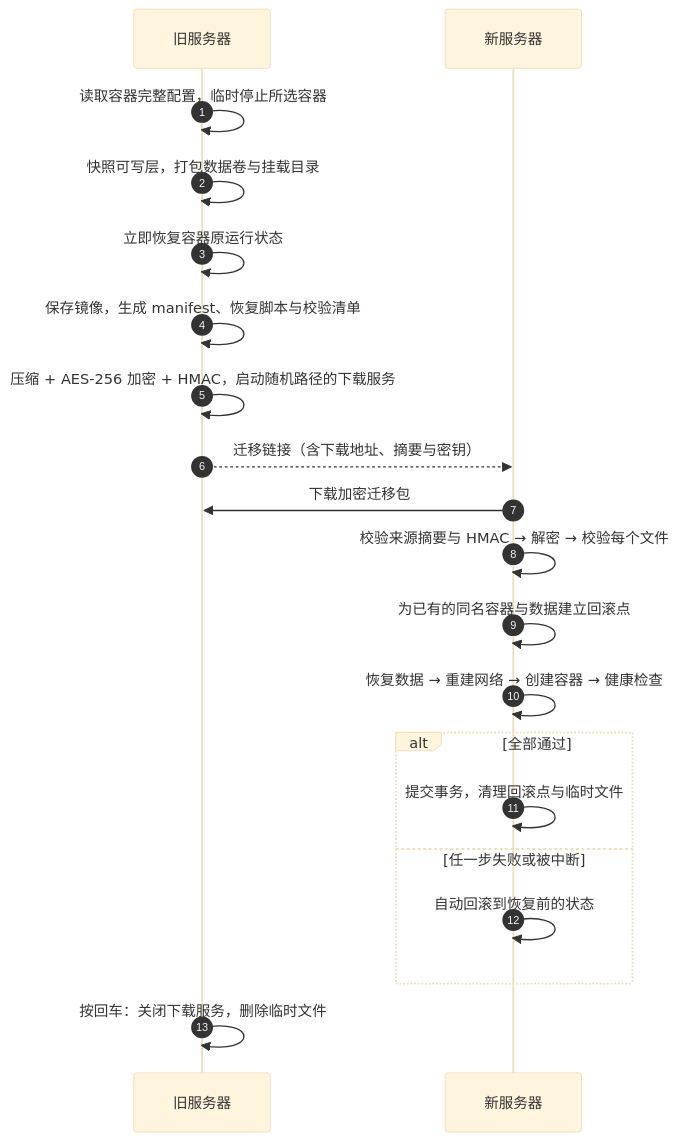
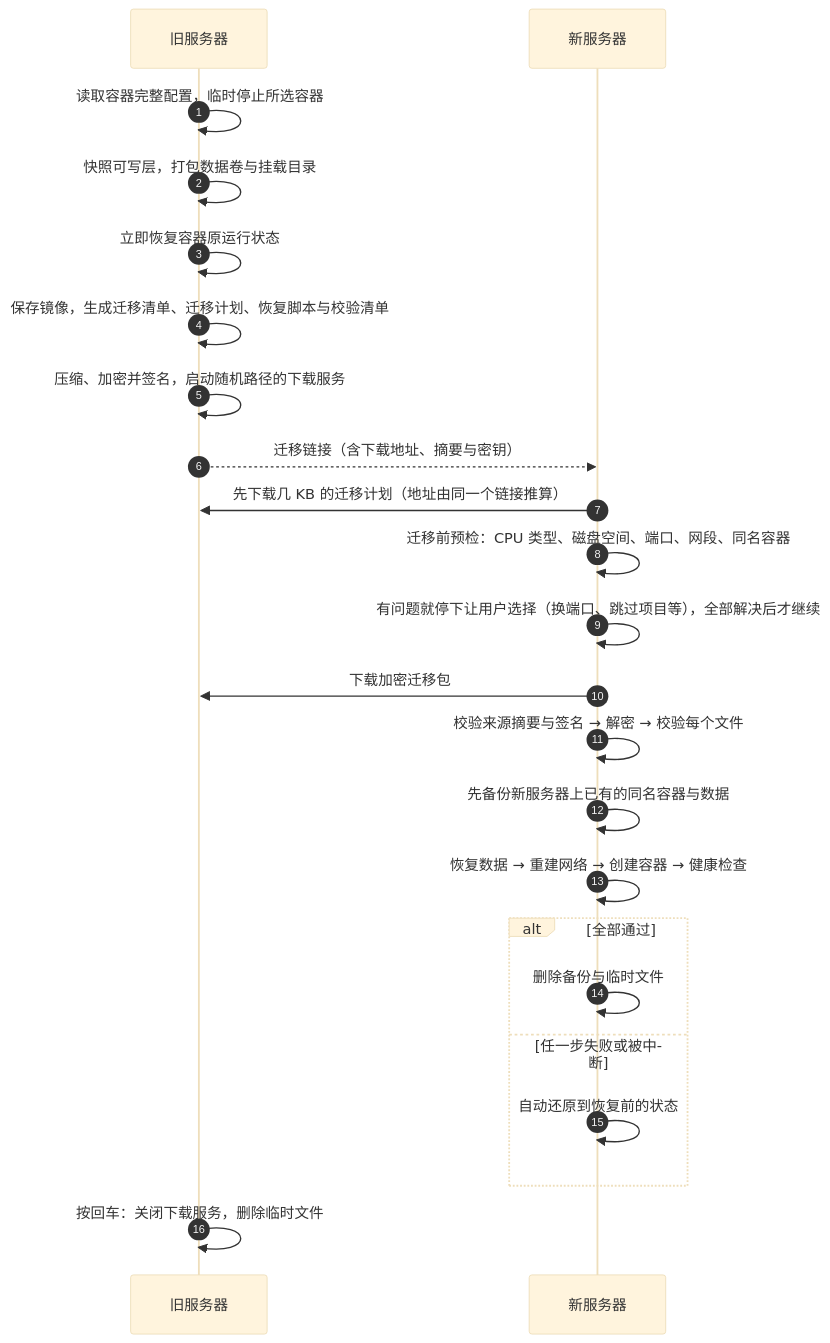
One commit to lx969788249/docker_migrate changed the diagram in README.md. Above: the diagram before and after it, drawn with Mermaid (base theme). The commit also changed other lines of this file and 27 other files, not shown here.

````diff
--- a/README.md
+++ b/README.md
@@ -185,22 +187,25 @@
 ```mermaid
 sequenceDiagram
     autonumber
     participant A as 旧服务器
     participant B as 新服务器
     A->>A: 读取容器完整配置，临时停止所选容器
     A->>A: 快照可写层，打包数据卷与挂载目录
     A->>A: 立即恢复容器原运行状态
-    A->>A: 保存镜像，生成 manifest、恢复脚本与校验清单
-    A->>A: 压缩 + AES-256 加密 + HMAC，启动随机路径的下载服务
+    A->>A: 保存镜像，生成迁移清单、迁移计划、恢复脚本与校验清单
+    A->>A: 压缩、加密并签名，启动随机路径的下载服务
     A-->>B: 迁移链接（含下载地址、摘要与密钥）
+    B->>A: 先下载几 KB 的迁移计划（地址由同一个链接推算）
+    B->>B: 迁移前预检：CPU 类型、磁盘空间、端口、网段、同名容器
+    B->>B: 有问题就停下让用户选择（换端口、跳过项目等），全部解决后才继续
     B->>A: 下载加密迁移包
-    B->>B: 校验来源摘要与 HMAC → 解密 → 校验每个文件
-    B->>B: 为已有的同名容器与数据建立回滚点
+    B->>B: 校验来源摘要与签名 → 解密 → 校验每个文件
+    B->>B: 先备份新服务器上已有的同名容器与数据
     B->>B: 恢复数据 → 重建网络 → 创建容器 → 健康检查
     alt 全部通过
-        B->>B: 提交事务，清理回滚点与临时文件
+        B->>B: 删除备份与临时文件
     else 任一步失败或被中断
-        B->>B: 自动回滚到恢复前的状态
+        B->>B: 自动还原到恢复前的状态
     end
     A->>A: 按回车：关闭下载服务，删除临时文件
 ```
````
